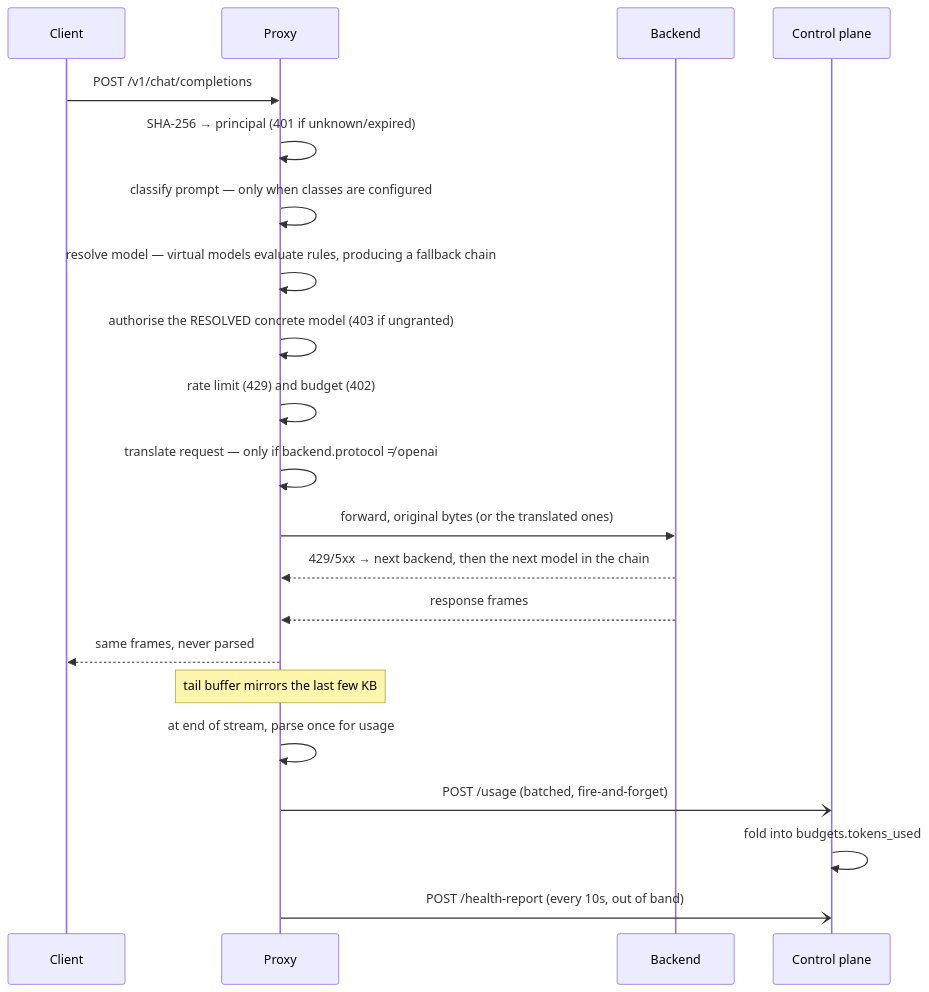
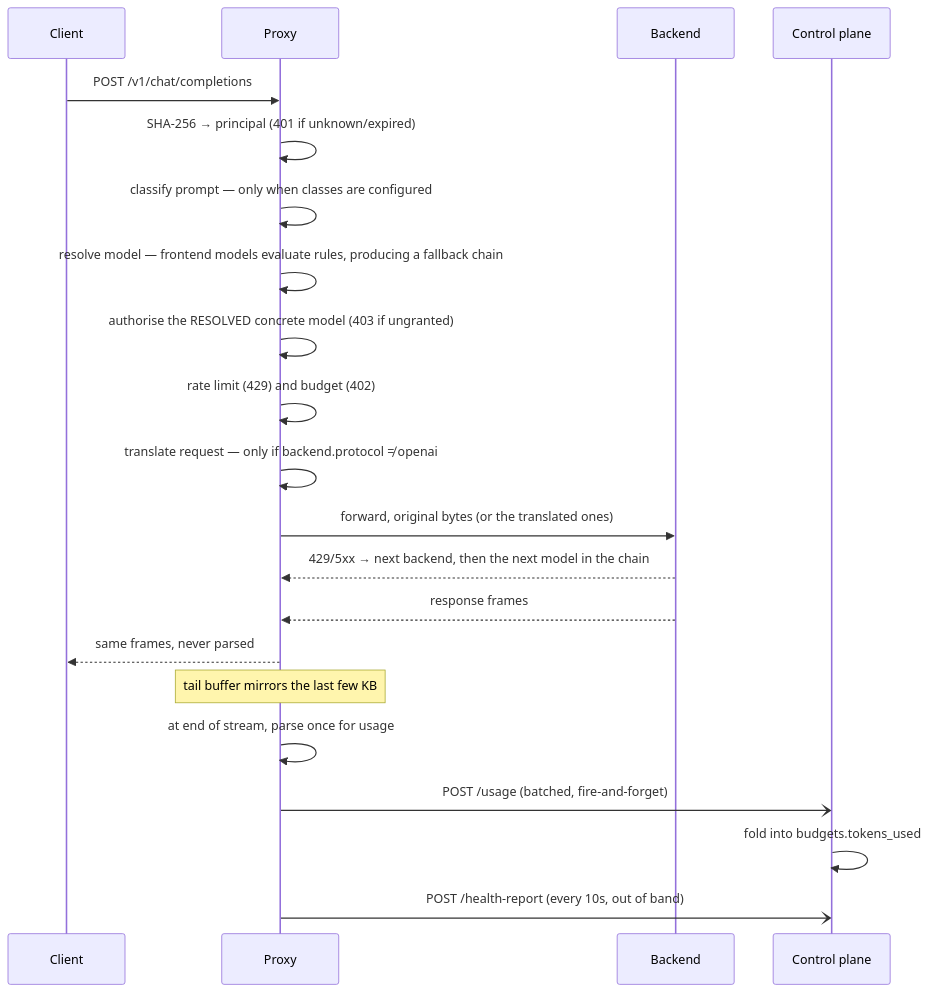
One commit to azrtydxb/Fastllm-proxy changed the third of 3 diagrams in docs/architecture.md. Above: the diagram before and after it, drawn with Mermaid. The commit also changed other lines of this file and 40 other files, not shown here.

````diff
--- a/docs/architecture.md
+++ b/docs/architecture.md
@@ -109,24 +109,24 @@
 ```mermaid
 sequenceDiagram
     participant C as Client
     participant P as Proxy
     participant B as Backend
     participant K as Control plane
 
     C->>P: POST /v1/chat/completions
     P->>P: SHA-256 → principal (401 if unknown/expired)
     P->>P: classify prompt — only when classes are configured
-    P->>P: resolve model — virtual models evaluate rules, producing a fallback chain
+    P->>P: resolve model — frontend models evaluate rules, producing a fallback chain
     P->>P: authorise the RESOLVED concrete model (403 if ungranted)
     P->>P: rate limit (429) and budget (402)
     P->>P: translate request — only if backend.protocol ≠ openai
     P->>B: forward, original bytes (or the translated ones)
     B-->>P: 429/5xx → next backend, then the next model in the chain
     B-->>P: response frames
     P-->>C: same frames, never parsed
     Note over P: tail buffer mirrors the last few KB
     P->>P: at end of stream, parse once for usage
     P-)K: POST /usage (batched, fire-and-forget)
     K->>K: fold into budgets.tokens_used
     P-)K: POST /health-report (every 10s, out of band)
 ```
````
